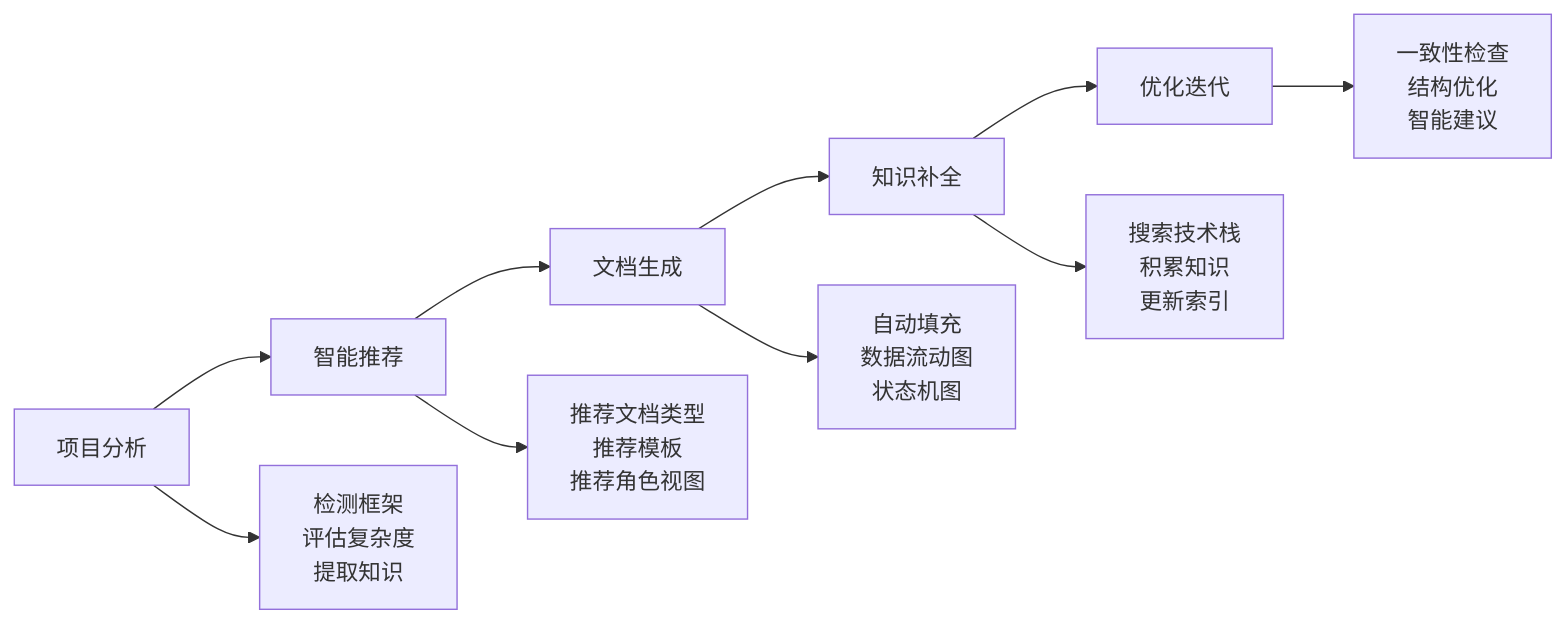
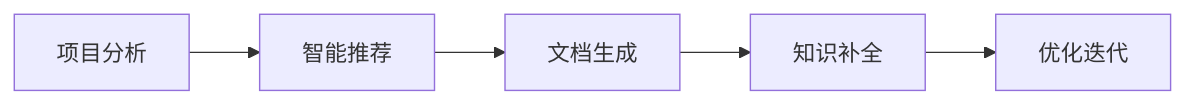
One commit to morning-start/coze-skills changed the diagram in project-wiki/SKILL.md. Above: the diagram before and after it, drawn with Mermaid. The commit also changed other lines of this file and 23 other files, not shown here.

````diff
--- a/project-wiki/SKILL.md
+++ b/project-wiki/SKILL.md
@@ -27,13 +27,7 @@
 ```mermaid
 flowchart LR
     A[项目分析] --> B[智能推荐]
     B --> C[文档生成]
     C --> D[知识补全]
     D --> E[优化迭代]
-    
-    A --> A1[检测框架<br/>评估复杂度<br/>提取知识]
-    B --> B1[推荐文档类型<br/>推荐模板<br/>推荐角色视图]
-    C --> C1[自动填充<br/>数据流动图<br/>状态机图]
-    D --> D1[搜索技术栈<br/>积累知识<br/>更新索引]
-    E --> E1[一致性检查<br/>结构优化<br/>智能建议]
 ```
````
